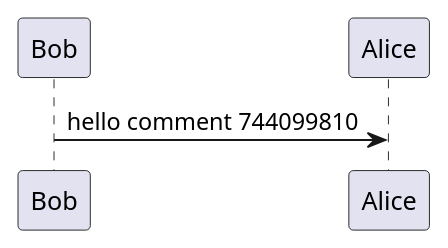
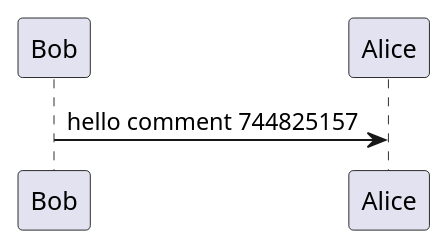
One commit to holowinski/plantuml-github-action changed the diagram in examples/sequence.puml. Above: the diagram before and after it, drawn with PlantUML. The commit also changed 1 other file, not shown here.

Commit message:
Regenerated example diagram - new comment received

```diff
--- a/examples/sequence.puml
+++ b/examples/sequence.puml
@@ -1,3 +1,3 @@
 @startuml
-Bob->Alice : hello comment 744099810
+Bob->Alice : hello comment 744825157
 @enduml
```
